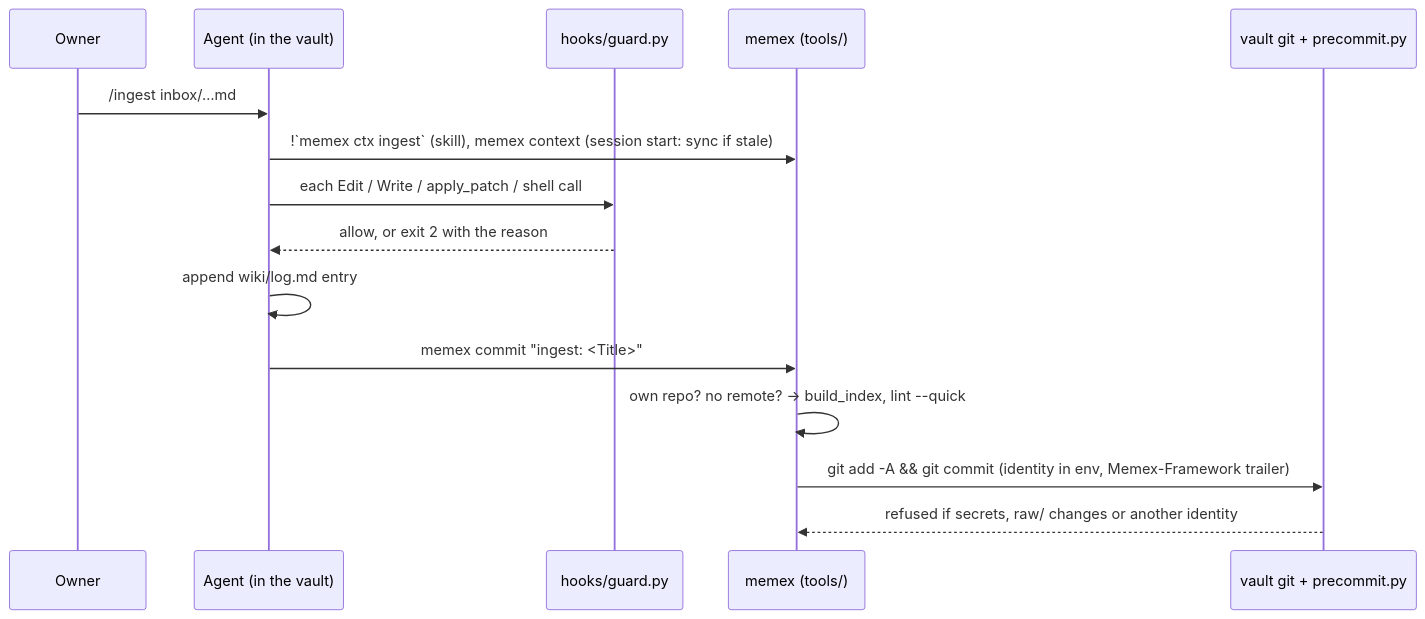
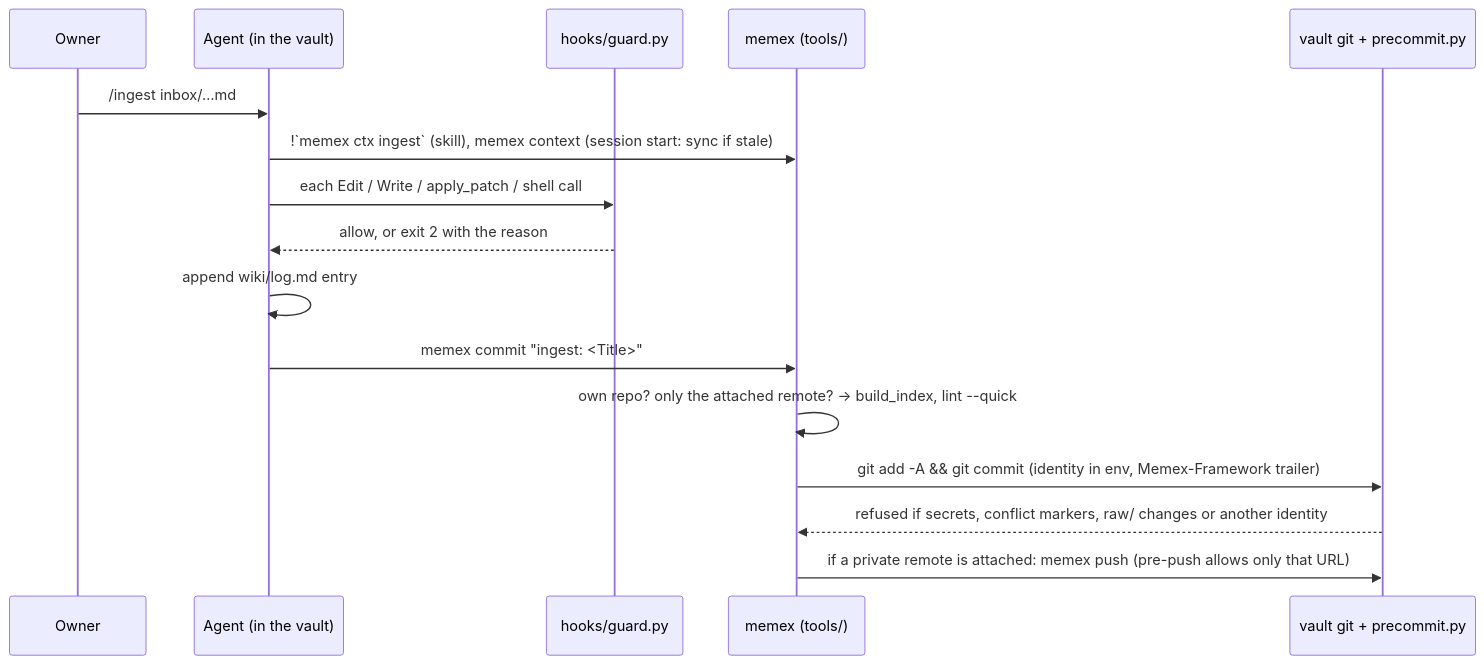
The first of 2 diagrams in docs/Architecture.md (G-aUr-aV/Memex), drawn with Mermaid before and after one commit. The commit also changed other lines of this file and 35 other files, not shown here.

````diff
--- a/docs/Architecture.md
+++ b/docs/Architecture.md
@@ -59,17 +68,18 @@
 ```mermaid
 sequenceDiagram
   participant O as Owner
   participant A as Agent (in the vault)
   participant G as hooks/guard.py
   participant M as memex (tools/)
   participant Git as vault git + precommit.py
   O->>A: /ingest inbox/…md
   A->>M: !`memex ctx ingest` (skill), memex context (session start: sync if stale)
   A->>G: each Edit / Write / apply_patch / shell call
   G-->>A: allow, or exit 2 with the reason
   A->>A: append wiki/log.md entry
   A->>M: memex commit "ingest: <Title>"
-  M->>M: own repo? no remote? → build_index, lint --quick
+  M->>M: own repo? only the attached remote? → build_index, lint --quick
   M->>Git: git add -A && git commit (identity in env, Memex-Framework trailer)
-  Git-->>M: refused if secrets, raw/ changes or another identity
+  Git-->>M: refused if secrets, conflict markers, raw/ changes or another identity
+  M->>Git: if a private remote is attached: memex push (pre-push allows only that URL)
 ```
````
